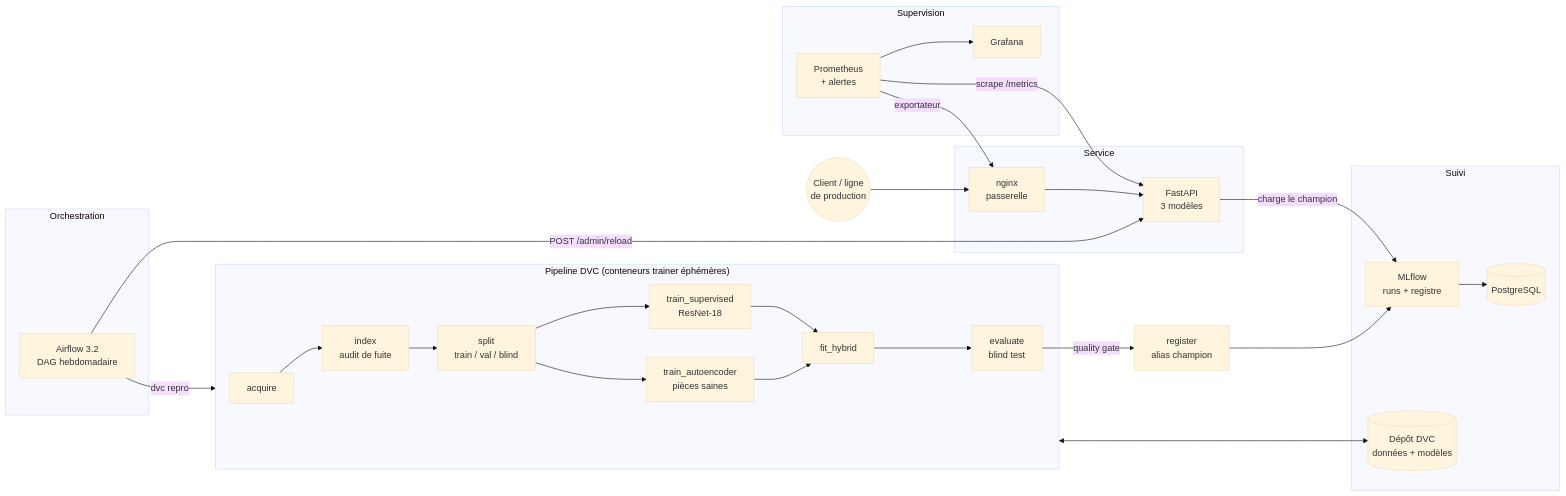
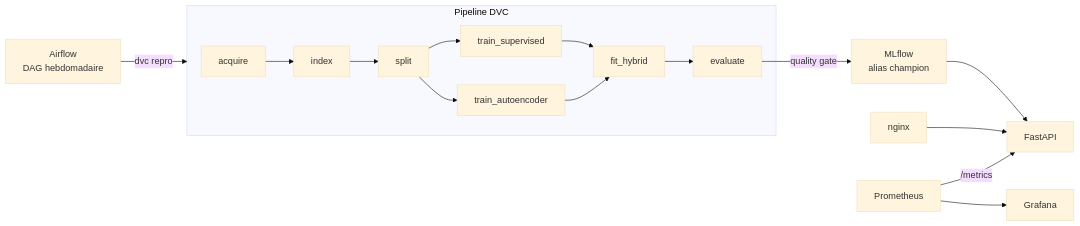
Before and after one commit to Benoth08/DefectVision: the diagram in README.md, drawn with Mermaid (base theme). The commit also changed other lines of this file, not shown here.

````diff
--- a/README.md
+++ b/README.md
@@ -179,35 +74,17 @@
 ```mermaid
 flowchart LR
-    subgraph Orchestration
-        AF[Airflow 3.2<br/>DAG hebdomadaire]
-    end
-    subgraph Pipeline["Pipeline DVC (conteneurs trainer éphémères)"]
-        A[acquire] --> I[index<br/>audit de fuite] --> S[split<br/>train / val / blind]
-        S --> TS[train_supervised<br/>ResNet-18]
-        S --> TA[train_autoencoder<br/>pièces saines]
+    AF[Airflow<br/>DAG hebdomadaire] -->|dvc repro| P
+    subgraph P[Pipeline DVC]
+        A[acquire] --> I[index] --> S[split]
+        S --> TS[train_supervised]
+        S --> TA[train_autoencoder]
         TS --> H[fit_hybrid]
         TA --> H
-        H --> E[evaluate<br/>blind test]
+        H --> E[evaluate]
     end
-    subgraph Suivi
-        DVC[(Dépôt DVC<br/>données + modèles)]
-        ML[MLflow<br/>runs + registre]
-        PG[(PostgreSQL)]
-    end
-    subgraph Service
-        NG[nginx<br/>passerelle] --> API[FastAPI<br/>3 modèles]
-    end
-    subgraph Supervision
-        PR[Prometheus<br/>+ alertes] --> GF[Grafana]
-    end
-    AF -->|dvc repro| Pipeline
-    E -->|quality gate| R[register<br/>alias champion]
-    R --> ML
-    ML --> PG
-    Pipeline <--> DVC
-    AF -->|POST /admin/reload| API
-    API -->|charge le champion| ML
-    PR -->|scrape /metrics| API
-    PR -->|exportateur| NG
-    Client((Client / ligne<br/>de production)) --> NG
+    E -->|quality gate| R[MLflow<br/>alias champion]
+    R --> API[FastAPI]
+    NG[nginx] --> API
+    PR[Prometheus] -->|/metrics| API
+    PR --> GF[Grafana]
 ```
````
